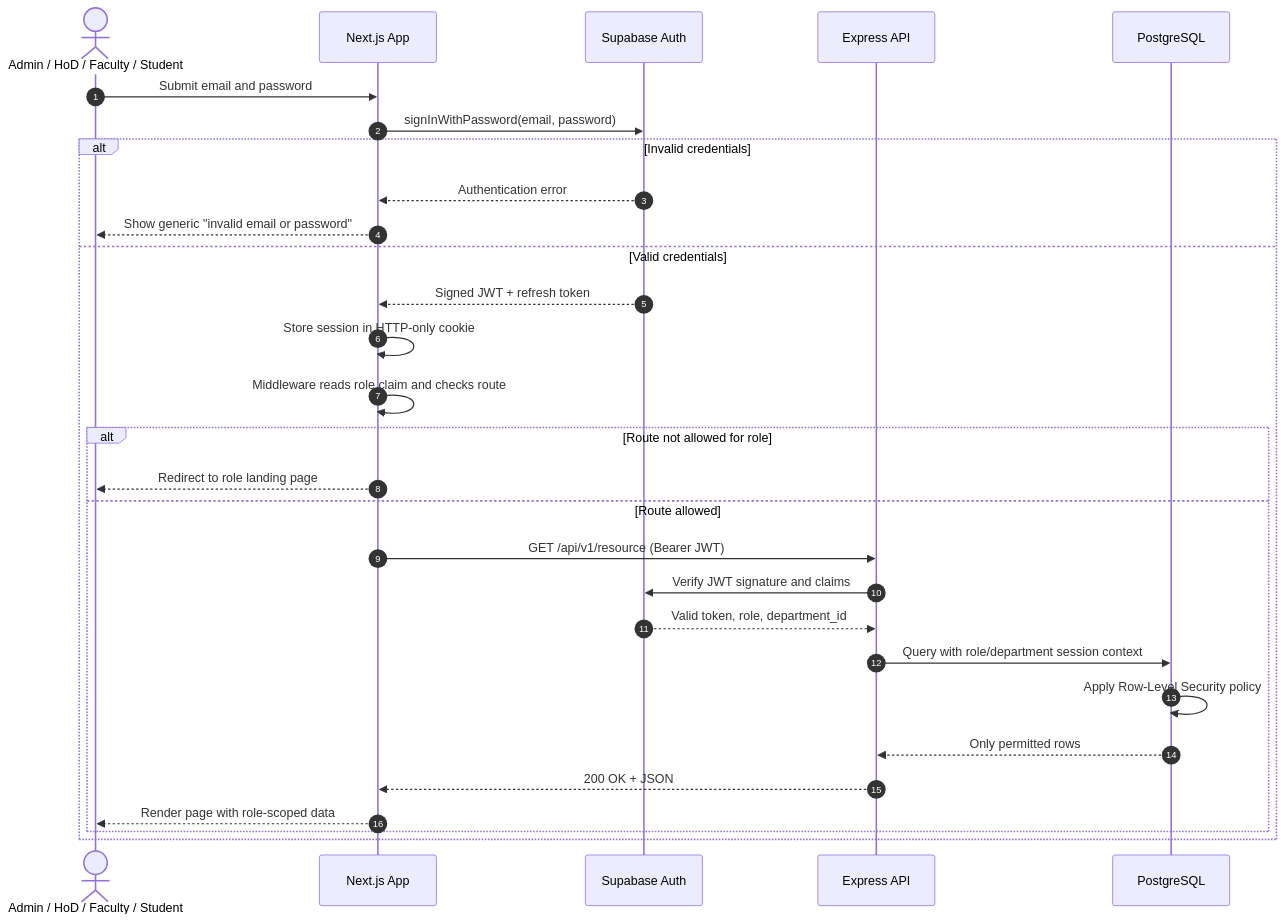
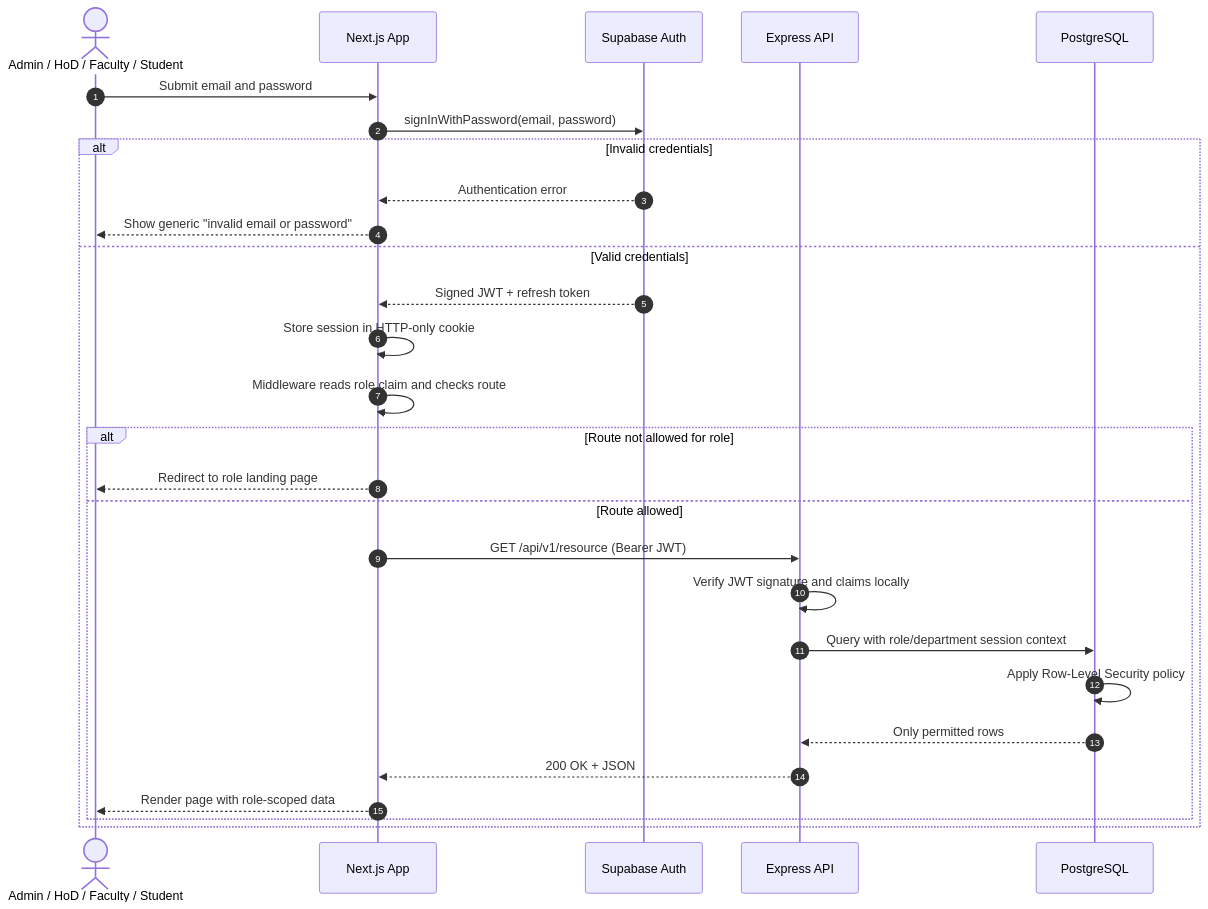
The first of 9 diagrams in EX7README.md (harshh-debug/2026-2027_IT-B_20240110085), drawn with Mermaid before and after one commit.

Commit message:
docs: verify JWTs locally in login sequence

````diff
--- a/EX7README.md
+++ b/EX7README.md
@@ -27,32 +27,31 @@
 ```mermaid
 sequenceDiagram
     autonumber
     actor U as Admin / HoD / Faculty / Student
     participant WEB as Next.js App
     participant AUTH as Supabase Auth
     participant API as Express API
     participant DB as PostgreSQL
 
     U->>WEB: Submit email and password
     WEB->>AUTH: signInWithPassword(email, password)
     alt Invalid credentials
         AUTH-->>WEB: Authentication error
         WEB-->>U: Show generic "invalid email or password"
     else Valid credentials
         AUTH-->>WEB: Signed JWT + refresh token
         WEB->>WEB: Store session in HTTP-only cookie
         WEB->>WEB: Middleware reads role claim and checks route
         alt Route not allowed for role
             WEB-->>U: Redirect to role landing page
         else Route allowed
             WEB->>API: GET /api/v1/resource (Bearer JWT)
-            API->>AUTH: Verify JWT signature and claims
-            AUTH-->>API: Valid token, role, department_id
+            API->>API: Verify JWT signature and claims locally
             API->>DB: Query with role/department session context
             DB->>DB: Apply Row-Level Security policy
             DB-->>API: Only permitted rows
             API-->>WEB: 200 OK + JSON
             WEB-->>U: Render page with role-scoped data
         end
     end
 ```
````
